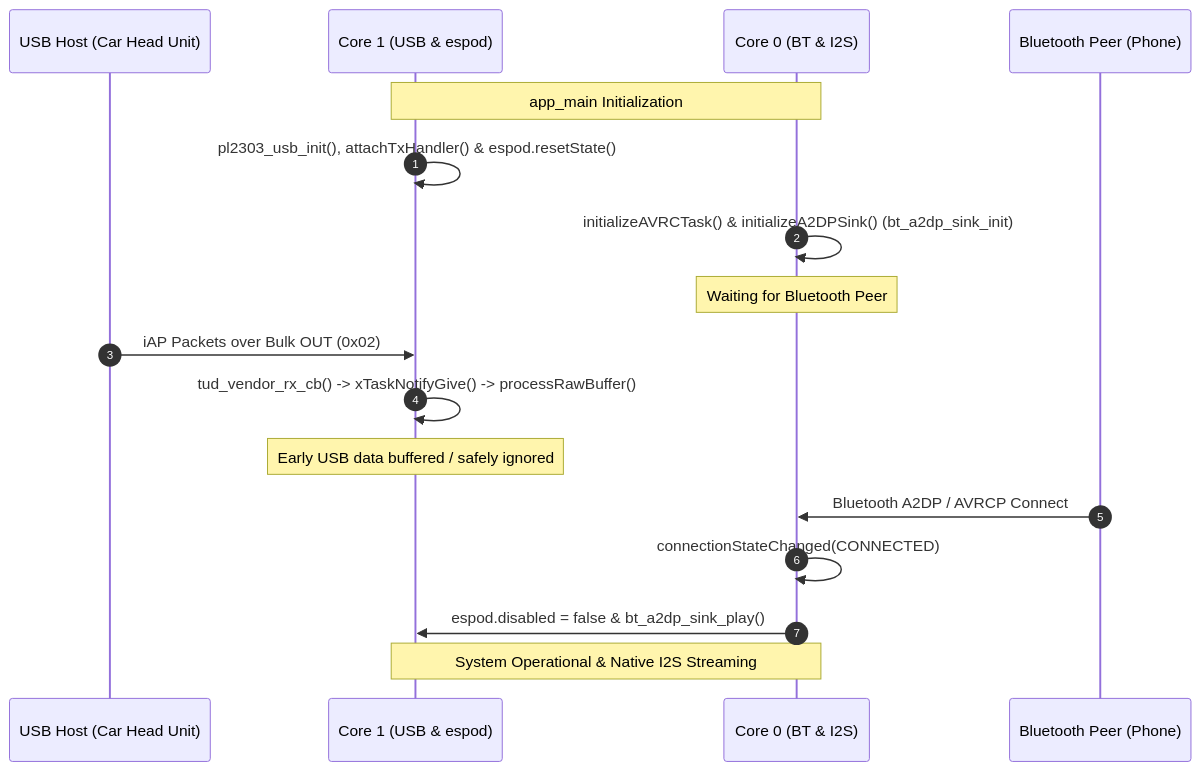
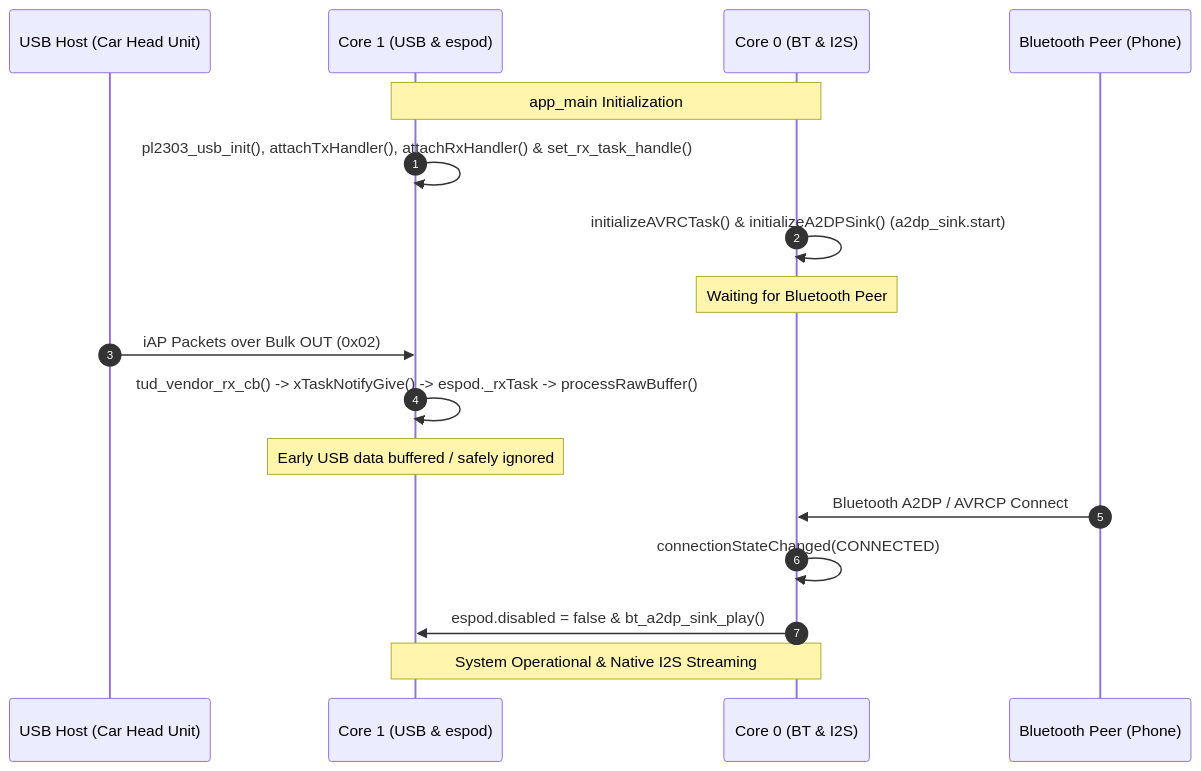
One commit to martinroger/superPod changed the first of 4 diagrams in TOO.md. Above: the diagram before and after it, drawn with Mermaid. The commit also changed other lines of this file and 2 other files, not shown here.

````diff
--- a/TOO.md
+++ b/TOO.md
@@ -27,22 +27,22 @@
 ```mermaid
 sequenceDiagram
     autonumber
     participant USBHost as USB Host (Car Head Unit)
     participant Core1 as Core 1 (USB & espod)
     participant Core0 as Core 0 (BT & I2S)
     participant BTPeer as Bluetooth Peer (Phone)
 
     Note over Core1,Core0: app_main Initialization
-    Core1->>Core1: pl2303_usb_init(), attachTxHandler() & espod.resetState()
-    Core0->>Core0: initializeAVRCTask() & initializeA2DPSink() (bt_a2dp_sink_init)
+    Core1->>Core1: pl2303_usb_init(), attachTxHandler(), attachRxHandler() & set_rx_task_handle()
+    Core0->>Core0: initializeAVRCTask() & initializeA2DPSink() (a2dp_sink.start)
     Note over Core0: Waiting for Bluetooth Peer
 
     USBHost->>Core1: iAP Packets over Bulk OUT (0x02)
-    Core1->>Core1: tud_vendor_rx_cb() -> xTaskNotifyGive() -> processRawBuffer()
+    Core1->>Core1: tud_vendor_rx_cb() -> xTaskNotifyGive() -> espod._rxTask -> processRawBuffer()
     Note over Core1: Early USB data buffered / safely ignored
 
     BTPeer->>Core0: Bluetooth A2DP / AVRCP Connect
     Core0->>Core0: connectionStateChanged(CONNECTED)
     Core0->>Core1: espod.disabled = false & bt_a2dp_sink_play()
     Note over Core1,Core0: System Operational & Native I2S Streaming
 ```
````
